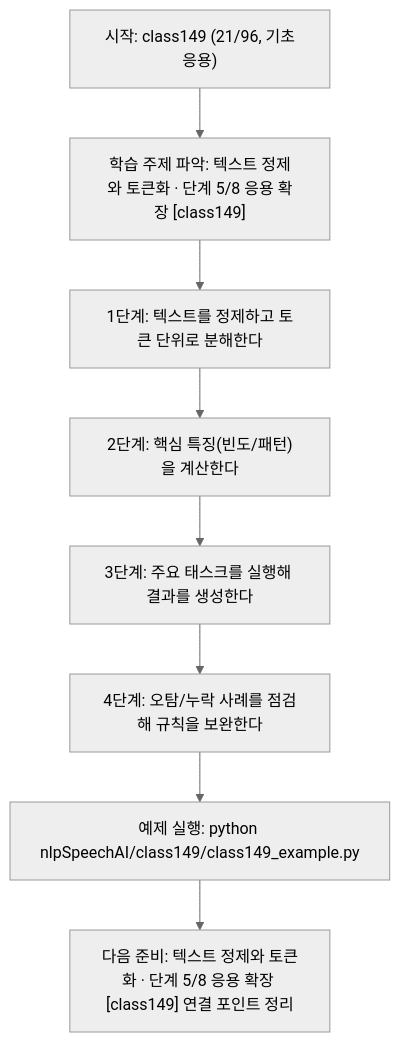
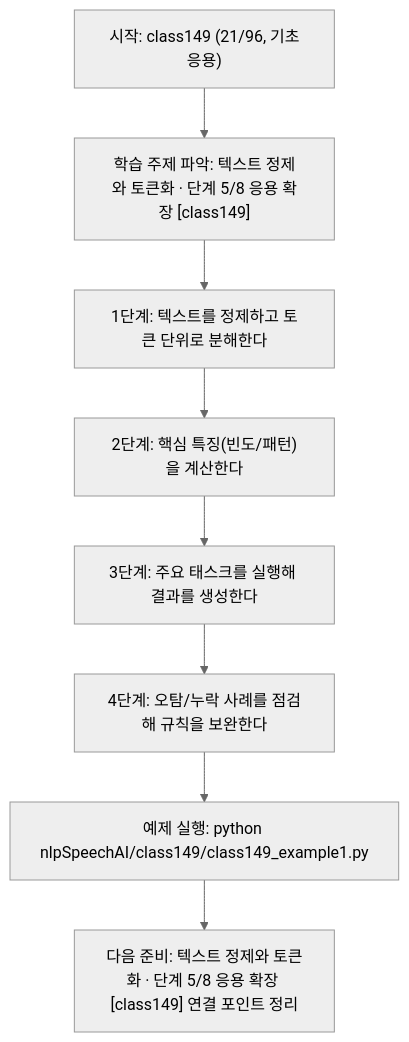
The diagram in nlpSpeechAI/class149/class149.md (edumgt/Python-AI_Agent-Class), drawn with Mermaid (neutral theme) before and after one commit. The commit also changed other lines of this file and 2959 other files, not shown here.

````diff
--- a/nlpSpeechAI/class149/class149.md
+++ b/nlpSpeechAI/class149/class149.md
@@ -114,18 +114,18 @@
 ```mermaid
 flowchart TD
 N1["시작: class149 (21/96, 기초응용)"]
 N2["학습 주제 파악: 텍스트 정제와 토큰화 · 단계 5/8 응용 확장 [class149]"]
 N3["1단계: 텍스트를 정제하고 토큰 단위로 분해한다"]
 N4["2단계: 핵심 특징(빈도/패턴)을 계산한다"]
 N5["3단계: 주요 태스크를 실행해 결과를 생성한다"]
 N6["4단계: 오탐/누락 사례를 점검해 규칙을 보완한다"]
-N7["예제 실행: python nlpSpeechAI/class149/class149_example.py"]
+N7["예제 실행: python nlpSpeechAI/class149/class149_example1.py"]
 N8["다음 준비: 텍스트 정제와 토큰화 · 단계 5/8 응용 확장 [class149] 연결 포인트 정리"]
 N1 --> N2
 N2 --> N3
 N3 --> N4
 N4 --> N5
 N5 --> N6
 N6 --> N7
 N7 --> N8
 ```
````
